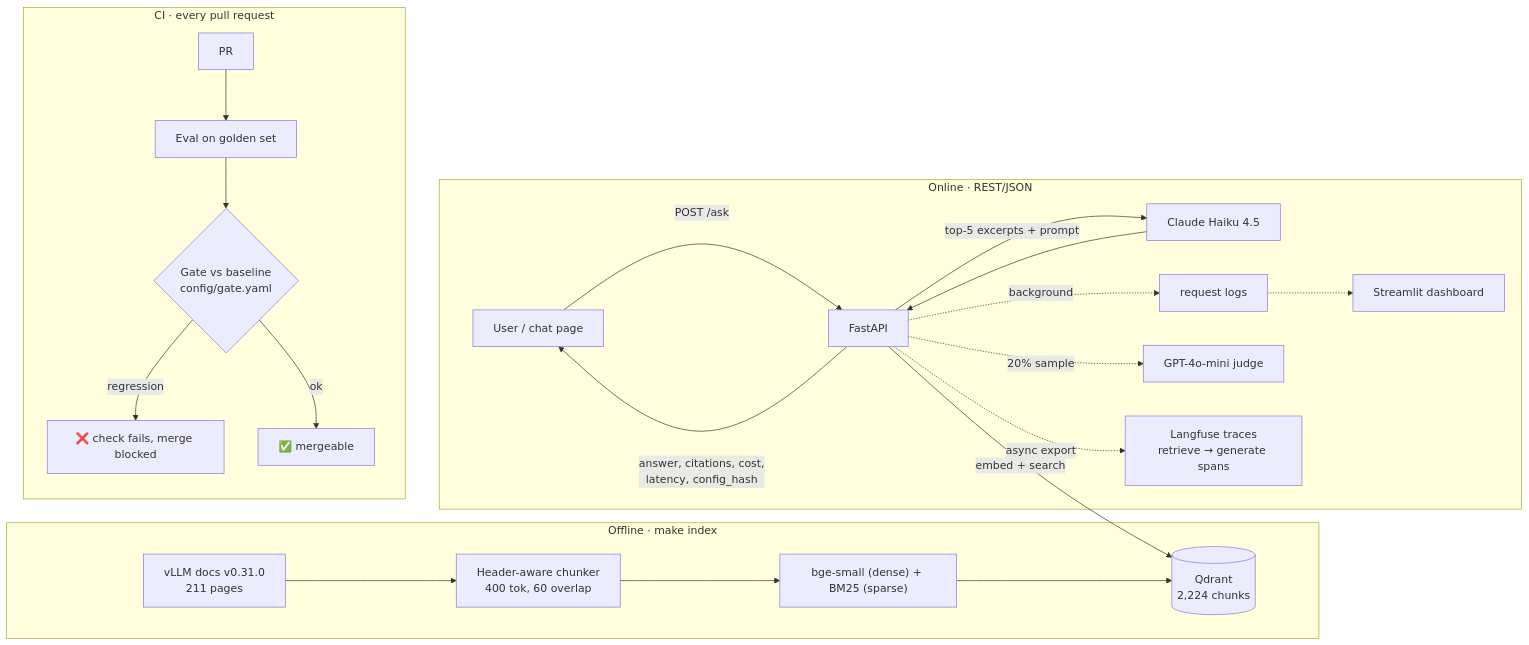
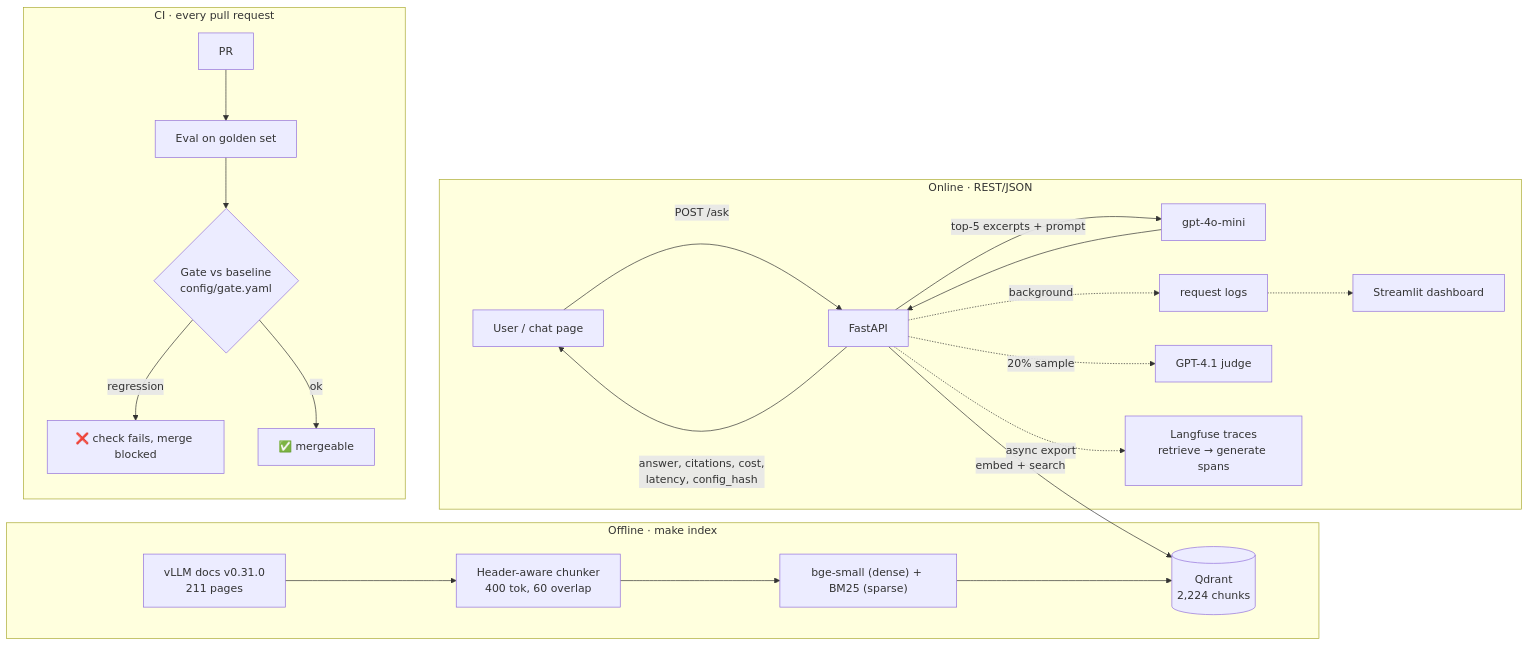
One commit to harsh-kumar-patwa/sst-mlops-project changed the diagram in README.md. Above: the diagram before and after it, drawn with Mermaid. The commit also changed other lines of this file and 5 other files, not shown here.

Commit message:
Use OpenAI for generation (gpt-4o-mini) and judging (gpt-4.1); add full-eval baseline

````diff
--- a/README.md
+++ b/README.md
@@ -25,23 +25,23 @@
 ```mermaid
 flowchart LR
   subgraph OFFLINE["Offline · make index"]
     D["vLLM docs v0.31.0<br/>211 pages"] --> C["Header-aware chunker<br/>400 tok, 60 overlap"]
     C --> E["bge-small (dense) + BM25 (sparse)"]
     E --> Q[("Qdrant<br/>2,224 chunks")]
   end
   subgraph ONLINE["Online · REST/JSON"]
     U["User / chat page"] -- "POST /ask" --> A["FastAPI"]
     A -- "embed + search" --> Q
-    A -- "top-5 excerpts + prompt" --> L["Claude Haiku 4.5"]
+    A -- "top-5 excerpts + prompt" --> L["gpt-4o-mini"]
     L --> A
     A -- "answer, citations, cost,<br/>latency, config_hash" --> U
     A -. "background" .-> LOG["request logs"] -.-> DASH["Streamlit dashboard"]
-    A -. "20% sample" .-> J["GPT-4o-mini judge"]
+    A -. "20% sample" .-> J["GPT-4.1 judge"]
     A -. "async export" .-> LF["Langfuse traces<br/>retrieve → generate spans"]
   end
   subgraph CI["CI · every pull request"]
     PR["PR"] --> EV["Eval on golden set"] --> G{"Gate vs baseline<br/>config/gate.yaml"}
     G -- "regression" --> X["❌ check fails, merge blocked"]
     G -- "ok" --> OK["✅ mergeable"]
   end
 ```
````
